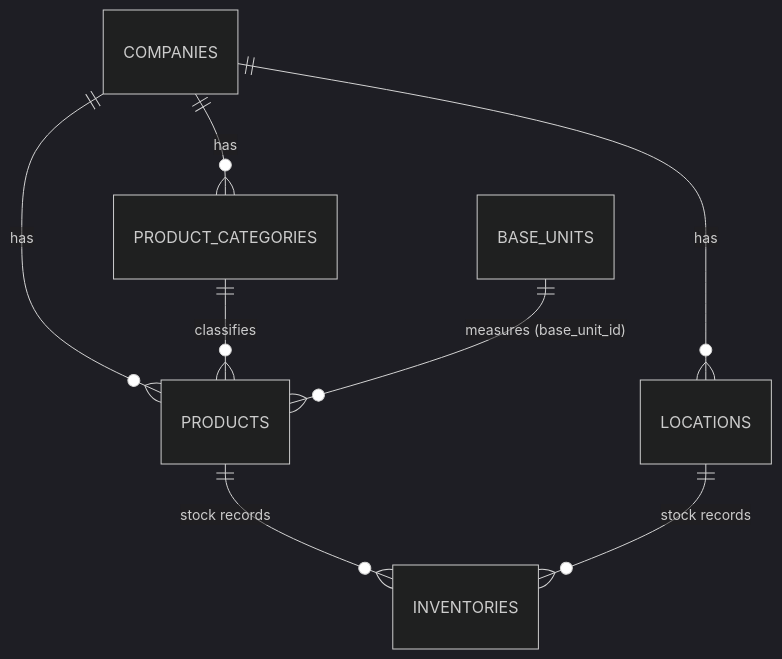
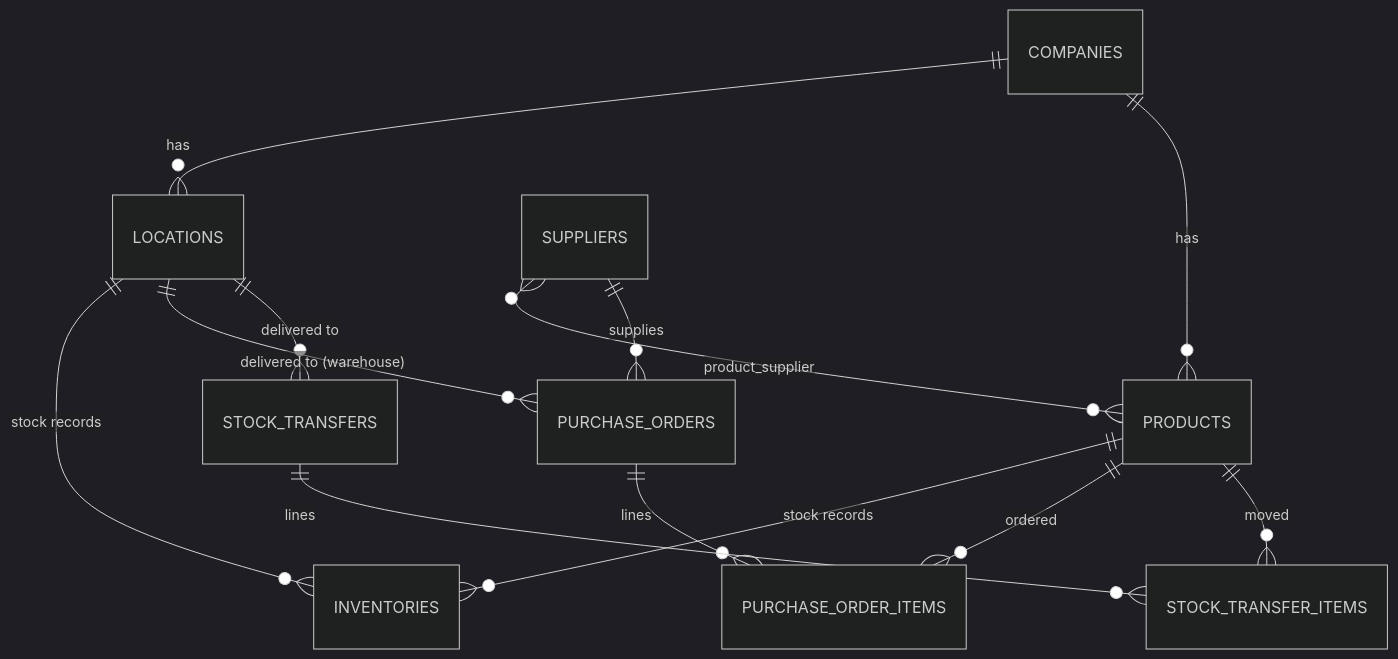
The diagram in DOCUMENTATION.md (Dino511/OJT-inventory), drawn with Mermaid (dark theme) before and after one commit. The commit also changed other lines of this file and 44 other files, not shown here.

````diff
--- a/DOCUMENTATION.md
+++ b/DOCUMENTATION.md
@@ -199,10 +241,15 @@
 ```mermaid
 erDiagram
-    COMPANIES ||--o{ PRODUCT_CATEGORIES : has
     COMPANIES ||--o{ LOCATIONS : has
     COMPANIES ||--o{ PRODUCTS : has
-    PRODUCT_CATEGORIES ||--o{ PRODUCTS : classifies
-    BASE_UNITS ||--o{ PRODUCTS : "measures (base_unit_id)"
+    SUPPLIERS }o--o{ PRODUCTS : "product_supplier"
     PRODUCTS ||--o{ INVENTORIES : "stock records"
     LOCATIONS ||--o{ INVENTORIES : "stock records"
+    SUPPLIERS ||--o{ PURCHASE_ORDERS : supplies
+    LOCATIONS ||--o{ PURCHASE_ORDERS : "delivered to (warehouse)"
+    PURCHASE_ORDERS ||--o{ PURCHASE_ORDER_ITEMS : lines
+    PRODUCTS ||--o{ PURCHASE_ORDER_ITEMS : ordered
+    LOCATIONS ||--o{ STOCK_TRANSFERS : "delivered to"
+    STOCK_TRANSFERS ||--o{ STOCK_TRANSFER_ITEMS : lines
+    PRODUCTS ||--o{ STOCK_TRANSFER_ITEMS : moved
 ```
````
